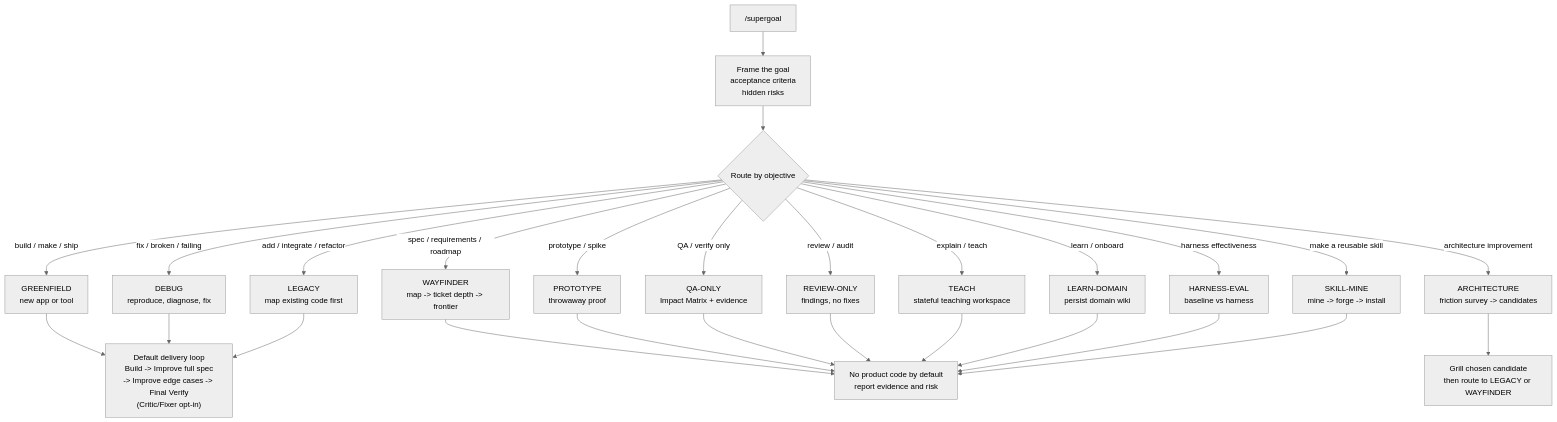
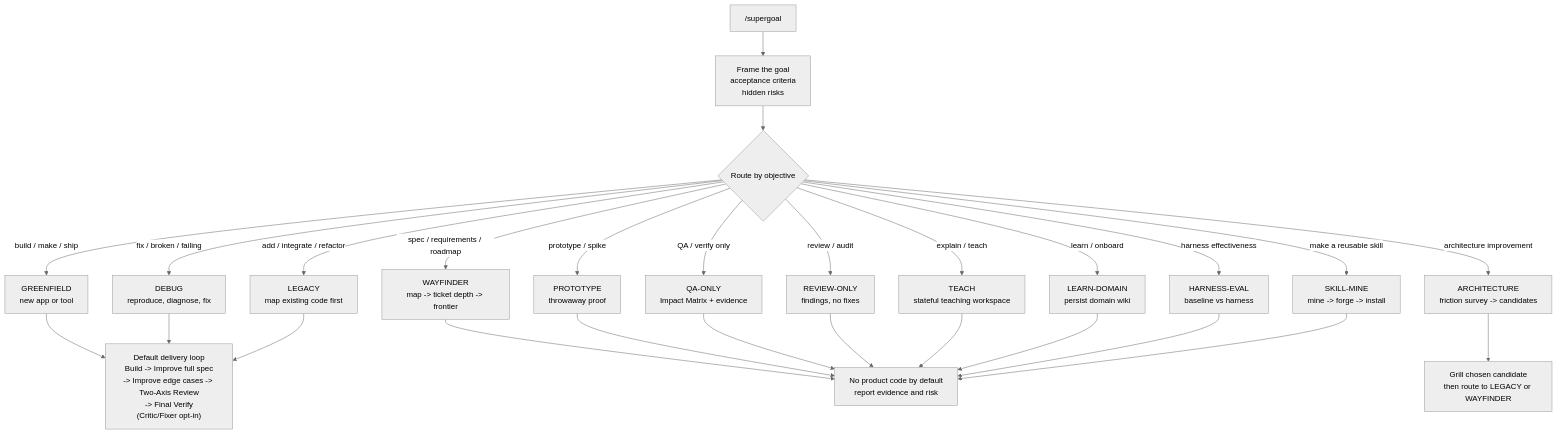
One commit to cskwork/supergoal-skill changed the diagram in README.md. Above: the diagram before and after it, drawn with Mermaid (neutral theme). The commit also changed other lines of this file and 16 other files, not shown here.

Commit message:
feat: add two-axis review contract

````diff
--- a/README.md
+++ b/README.md
@@ -69,33 +70,33 @@
 ```mermaid
 flowchart TD
     A["/supergoal <one heavy objective>"] --> B["Frame the goal<br/>acceptance criteria<br/>hidden risks"]
     B --> C{"Route by objective"}
 
     C -->|"build / make / ship"| GREENFIELD["GREENFIELD<br/>new app or tool"]
     C -->|"fix / broken / failing"| DEBUG["DEBUG<br/>reproduce, diagnose, fix"]
     C -->|"add / integrate / refactor"| LEGACY["LEGACY<br/>map existing code first"]
     C -->|"spec / requirements / roadmap"| WAYFINDER["WAYFINDER<br/>map -> ticket depth -> frontier"]
     C -->|"prototype / spike"| PROTOTYPE["PROTOTYPE<br/>throwaway proof"]
     C -->|"QA / verify only"| QAONLY["QA-ONLY<br/>Impact Matrix + evidence"]
     C -->|"review / audit"| REVIEW["REVIEW-ONLY<br/>findings, no fixes"]
     C -->|"architecture improvement"| ARCHITECTURE["ARCHITECTURE<br/>friction survey -> candidates"]
     C -->|"explain / teach"| TEACH["TEACH<br/>stateful teaching workspace"]
     C -->|"learn / onboard"| LEARN["LEARN-DOMAIN<br/>persist domain wiki"]
     C -->|"harness effectiveness"| HARNESS["HARNESS-EVAL<br/>baseline vs harness"]
     C -->|"make a reusable skill"| SKILLMINE["SKILL-MINE<br/>mine -> forge -> install"]
 
-    GREENFIELD --> LOOP["Default delivery loop<br/>Build -> Improve full spec<br/>-> Improve edge cases -> Final Verify<br/>(Critic/Fixer opt-in)"]
+    GREENFIELD --> LOOP["Default delivery loop<br/>Build -> Improve full spec<br/>-> Improve edge cases -> Two-Axis Review<br/>-> Final Verify<br/>(Critic/Fixer opt-in)"]
     DEBUG --> LOOP
     LEGACY --> LOOP
 
     WAYFINDER --> REPORT
     PROTOTYPE --> REPORT
     ARCHITECTURE --> PICK["Grill chosen candidate<br/>then route to LEGACY or WAYFINDER"]
 
     QAONLY --> REPORT["No product code by default<br/>report evidence and risk"]
     REVIEW --> REPORT
     TEACH --> REPORT
     LEARN --> REPORT
     HARNESS --> REPORT
     SKILLMINE --> REPORT
 ```
````
